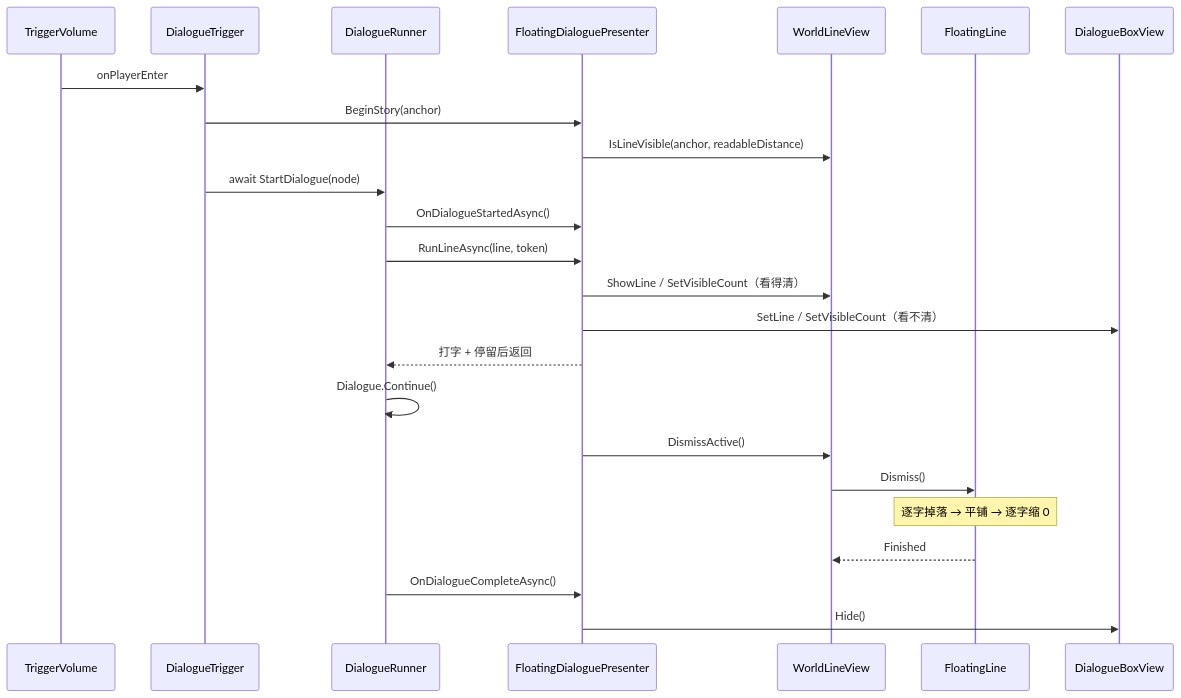
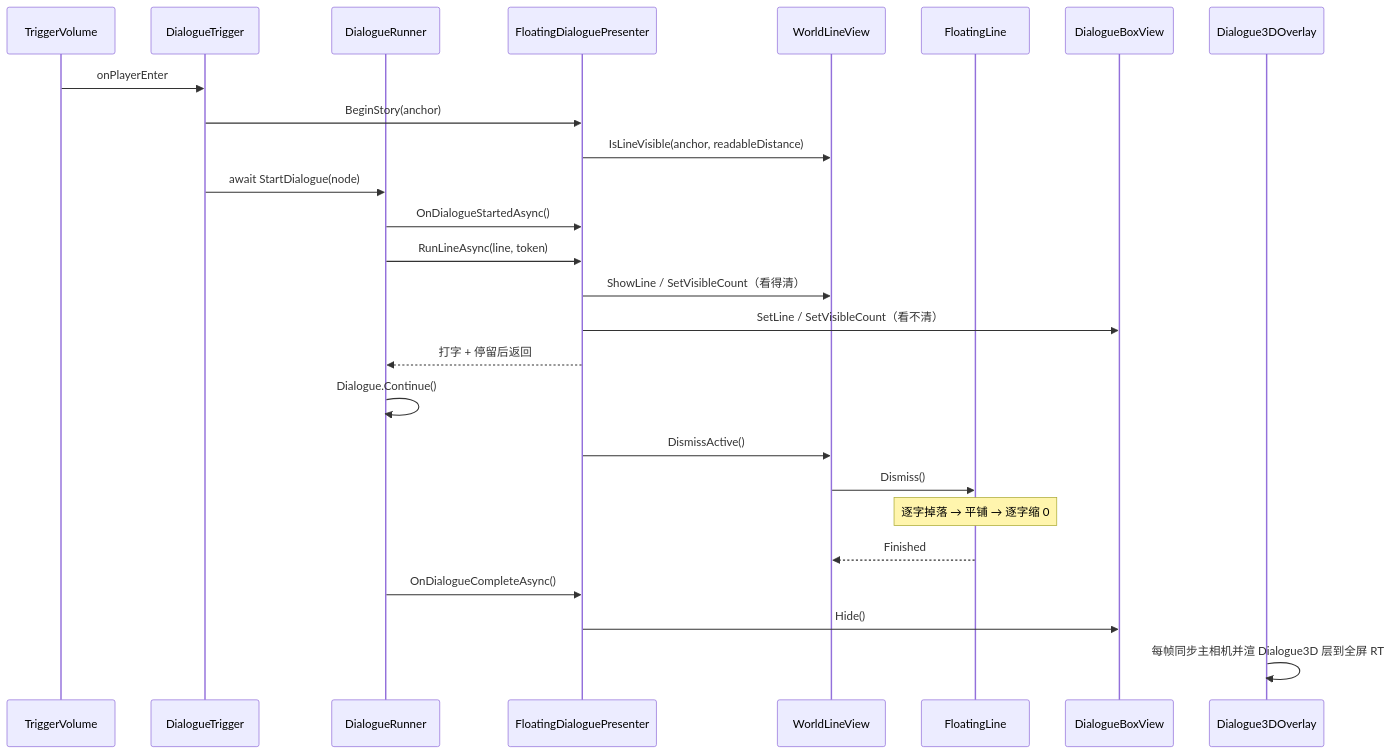
One commit to Yumihoshi/MakeYourChoice changed the third of 3 diagrams in docs/superpowers/plans/2026-11-14-floating-3d-dialogue.md. Above: the diagram before and after it, drawn with Mermaid. The commit also changed other lines of this file and 8 other files, not shown here.

````diff
--- a/docs/superpowers/plans/2026-11-14-floating-3d-dialogue.md
+++ b/docs/superpowers/plans/2026-11-14-floating-3d-dialogue.md
@@ -110,27 +118,29 @@
 ```mermaid
 sequenceDiagram
     participant T as TriggerVolume
     participant D as DialogueTrigger
     participant R as DialogueRunner
     participant P as FloatingDialoguePresenter
     participant W as WorldLineView
     participant F as FloatingLine
     participant B as DialogueBoxView
+    participant O as Dialogue3DOverlay
 
     T->>D: onPlayerEnter
     D->>P: BeginStory(anchor)
     P->>W: IsLineVisible(anchor, readableDistance)
     D->>R: await StartDialogue(node)
     R->>P: OnDialogueStartedAsync()
     R->>P: RunLineAsync(line, token)
     P->>W: ShowLine / SetVisibleCount（看得清）
     P->>B: SetLine / SetVisibleCount（看不清）
     P-->>R: 打字 + 停留后返回
     R->>R: Dialogue.Continue()
     P->>W: DismissActive()
     W->>F: Dismiss()
     Note over F: 逐字掉落 → 平铺 → 逐字缩 0
     F-->>W: Finished
     R->>P: OnDialogueCompleteAsync()
     P->>B: Hide()
+    O->>O: 每帧同步主相机并渲 Dialogue3D 层到全屏 RT
 ```
````
